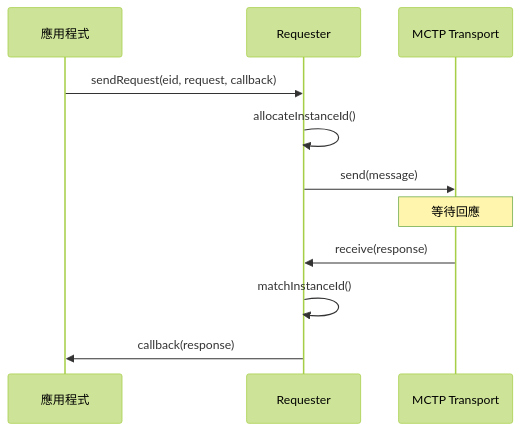
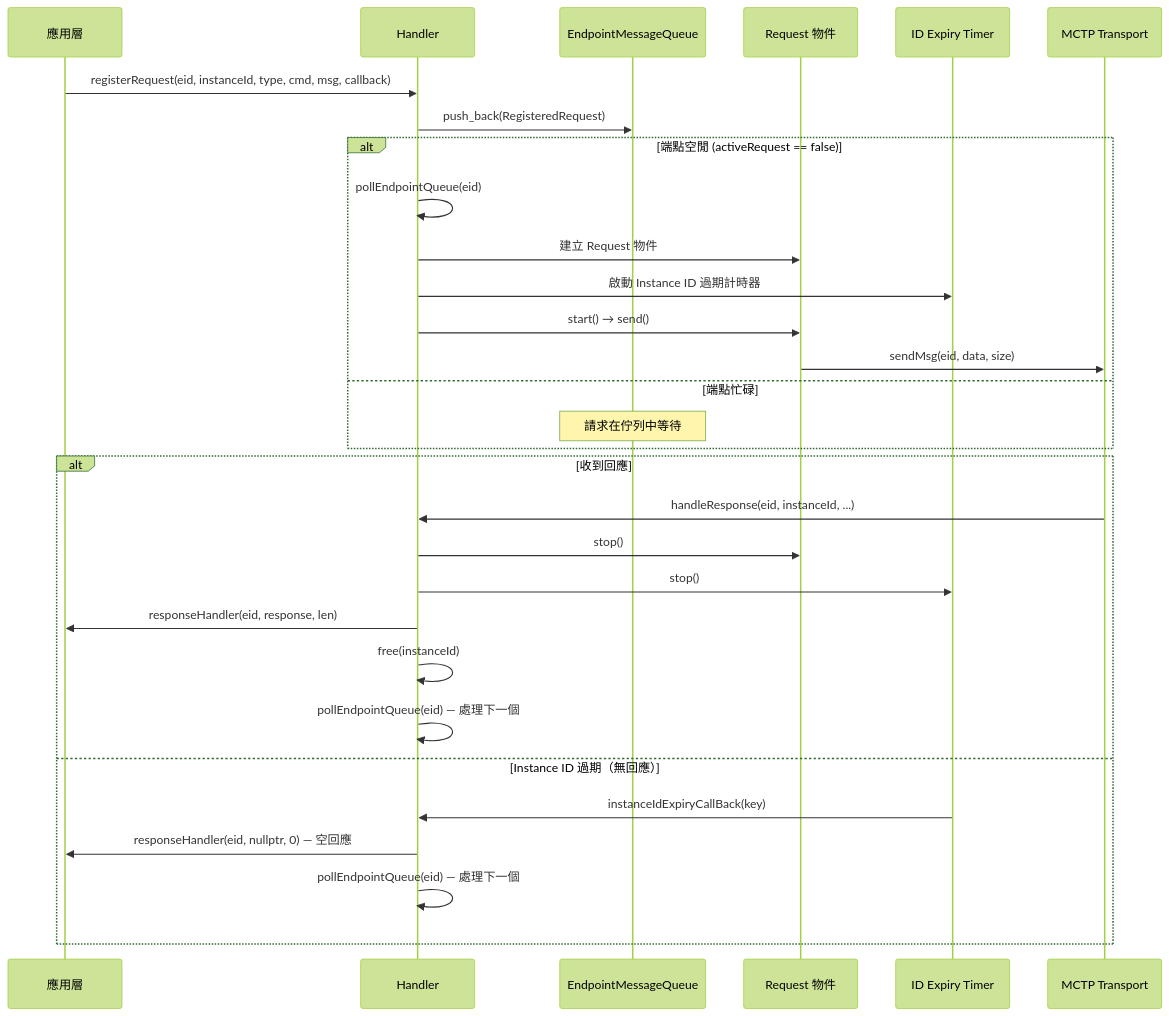
One commit to chilung-cgu/bmc-firmware-knowledge-base changed the second of 4 diagrams in pldm/Requester.md. Above: the diagram before and after it, drawn with Mermaid (forest theme). The commit also changed other lines of this file and 19 other files, not shown here.

````diff
--- a/pldm/Requester.md
+++ b/pldm/Requester.md
@@ -63,16 +73,35 @@
 ```mermaid
 sequenceDiagram
-    participant App as 應用程式
-    participant Req as Requester
-    participant MCTP as MCTP Transport
-    
-    App->>Req: sendRequest(eid, request, callback)
-    Req->>Req: allocateInstanceId()
-    Req->>MCTP: send(message)
-    
-    Note over MCTP: 等待回應
-    
-    MCTP->>Req: receive(response)
-    Req->>Req: matchInstanceId()
-    Req->>App: callback(response)
+    participant App as 應用層
+    participant Handler as Handler
+    participant Queue as EndpointMessageQueue
+    participant Req as Request 物件
+    participant Timer as ID Expiry Timer
+    participant Transport as MCTP Transport
+
+    App->>Handler: registerRequest(eid, instanceId, type, cmd, msg, callback)
+    Handler->>Queue: push_back(RegisteredRequest)
+
+    alt 端點空閒 (activeRequest == false)
+        Handler->>Handler: pollEndpointQueue(eid)
+        Handler->>Req: 建立 Request 物件
+        Handler->>Timer: 啟動 Instance ID 過期計時器
+        Handler->>Req: start() → send()
+        Req->>Transport: sendMsg(eid, data, size)
+    else 端點忙碌
+        Note over Queue: 請求在佇列中等待
+    end
+
+    alt 收到回應
+        Transport->>Handler: handleResponse(eid, instanceId, ...)
+        Handler->>Req: stop()
+        Handler->>Timer: stop()
+        Handler->>App: responseHandler(eid, response, len)
+        Handler->>Handler: free(instanceId)
+        Handler->>Handler: pollEndpointQueue(eid) — 處理下一個
+    else Instance ID 過期（無回應）
+        Timer->>Handler: instanceIdExpiryCallBack(key)
+        Handler->>App: responseHandler(eid, nullptr, 0) — 空回應
+        Handler->>Handler: pollEndpointQueue(eid) — 處理下一個
+    end
 ```
````
